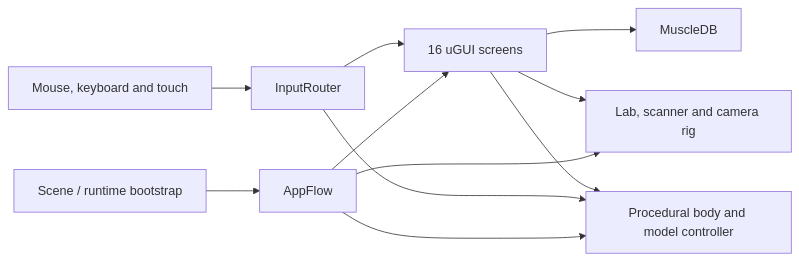
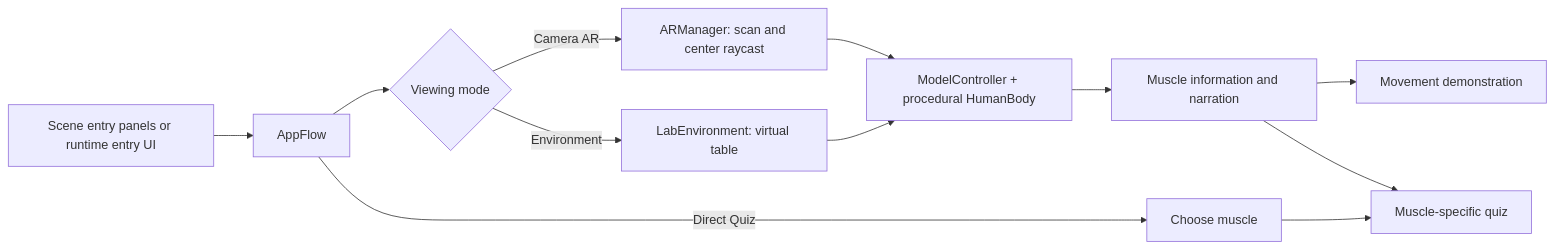
The diagram in README.md (AkshitaJ0904/MuscleAR-Unity), drawn with Mermaid before and after one commit. The commit also changed other lines of this file and 148 other files, not shown here.

````diff
--- a/README.md
+++ b/README.md
@@ -72,13 +70,13 @@
 ```mermaid
 flowchart LR
-    Boot["Scene / runtime bootstrap"] --> Flow["AppFlow"]
-    Flow --> UI["16 uGUI screens"]
-    Flow --> World["Lab, scanner and camera rig"]
-    Flow --> Model["Procedural body and model controller"]
-    Input["Mouse, keyboard and touch"] --> Router["InputRouter"]
-    Router --> Model
-    Router --> UI
-    UI --> Data["MuscleDB"]
-    UI --> Model
-    UI --> World
+    Entry["Scene entry panels or runtime entry UI"] --> Flow["AppFlow"]
+    Flow --> View{"Viewing mode"}
+    View -->|Camera AR| Scan["ARManager: scan and center raycast"]
+    View -->|Environment| Lab["LabEnvironment: virtual table"]
+    Scan --> Model["ModelController + procedural HumanBody"]
+    Lab --> Model
+    Model --> Info["Muscle information and narration"]
+    Info --> Action["Movement demonstration"]
+    Info --> Quiz["Muscle-specific quiz"]
+    Flow -->|Direct Quiz| Picker["Choose muscle"] --> Quiz
 ```
````
